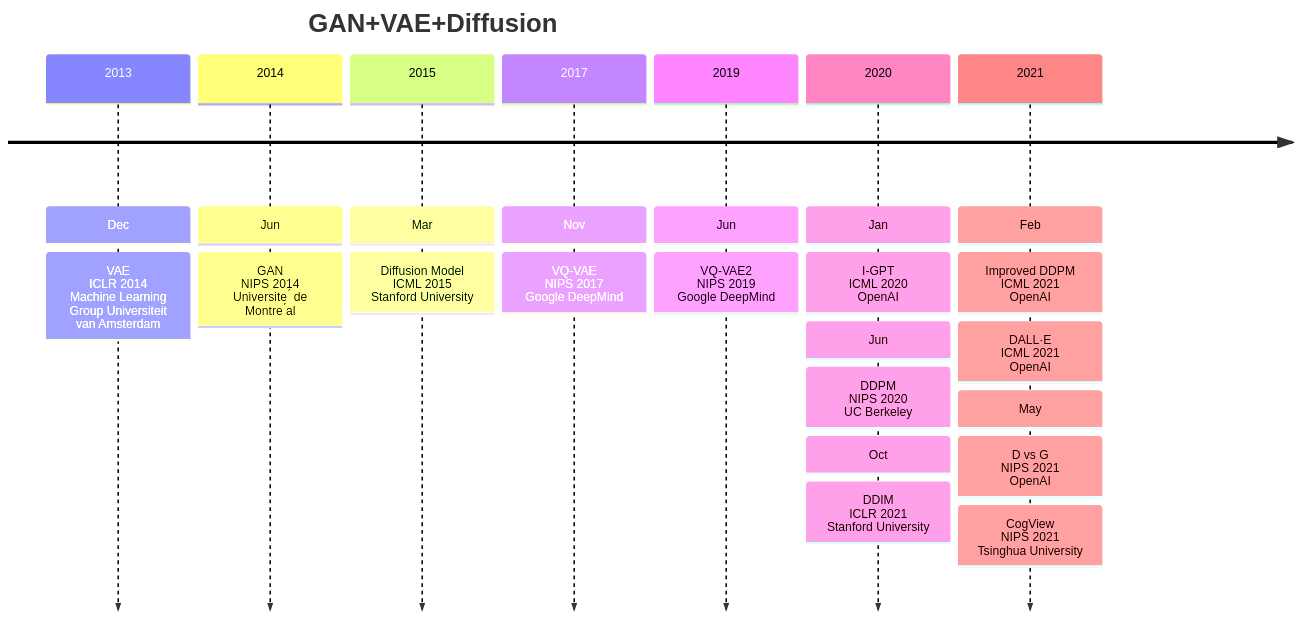
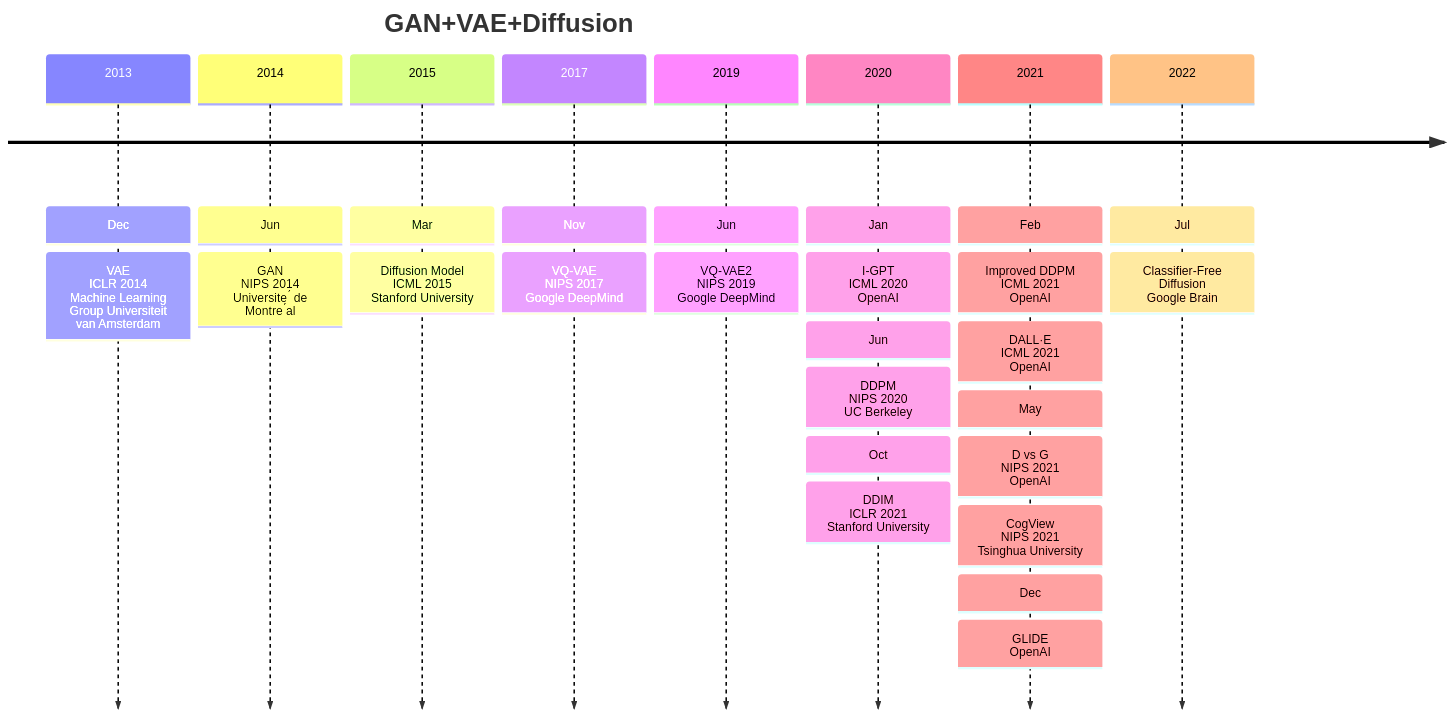
The first of 5 diagrams in Base_Model/GAN+VAE+Diffusion/analyse.md (Elephant-King9/Paper), drawn with Mermaid before and after one commit. The commit also changed other lines of this file and 5 other files, not shown here.

Commit message:
update_Classifier-Free Diffusion Guidance

````diff
--- a/Base_Model/GAN+VAE+Diffusion/analyse.md
+++ b/Base_Model/GAN+VAE+Diffusion/analyse.md
@@ -5,27 +5,31 @@
 ```mermaid
 timeline
     title GAN+VAE+Diffusion
     2013 : Dec
     		 : VAE<br>ICLR 2014<br>Machine Learning Group Universiteit van Amsterdam
 
     2014 : Jun
     		 : GAN<br>NIPS 2014<br>Universite ́ de Montre ́al
     2015 : Mar
          : Diffusion Model<br>ICML 2015<br>Stanford University
     2017 : Nov
     		 : VQ-VAE<br>NIPS 2017<br>Google DeepMind
     2019 : Jun
     		 : VQ-VAE2<br>NIPS 2019<br>Google DeepMind
     2020 : Jan
     		 : I-GPT<br>ICML 2020<br>OpenAI
     		 : Jun
     		 : DDPM<br>NIPS 2020<br>UC Berkeley
     		 : Oct
     		 : DDIM<br>ICLR 2021<br>Stanford University
     2021 : Feb
     		 : Improved DDPM<br>ICML 2021<br>OpenAI
     		 : DALL·E<br>ICML 2021<br>OpenAI
     		 : May
     		 : D vs G<br>NIPS 2021<br>OpenAI
     		 : CogView<br>NIPS 2021<br>Tsinghua University
+    		 : Dec
+    		 : GLIDE<br>OpenAI
+    2022 : Jul
+    		 : Classifier-Free Diffusion<br>Google Brain
 ```
````
